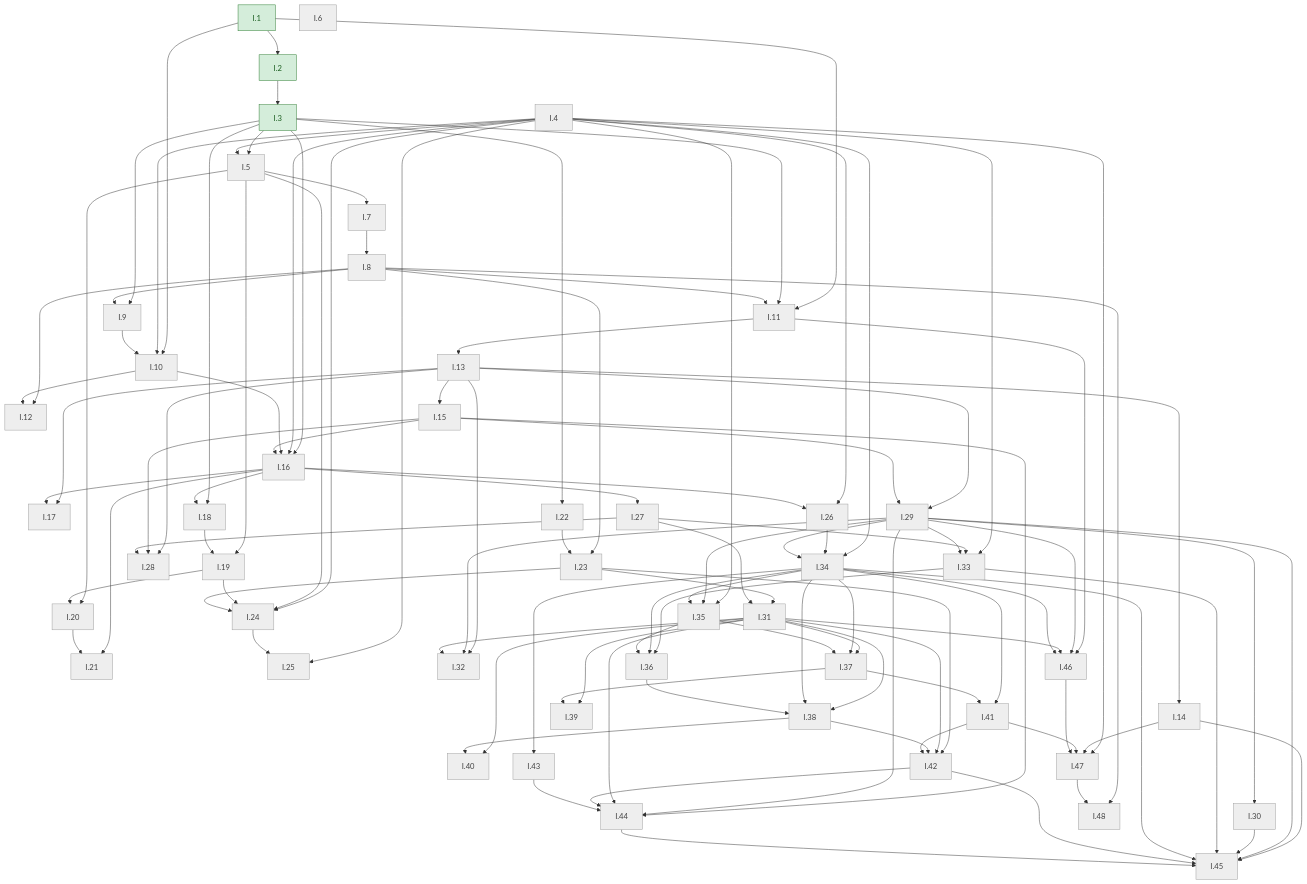
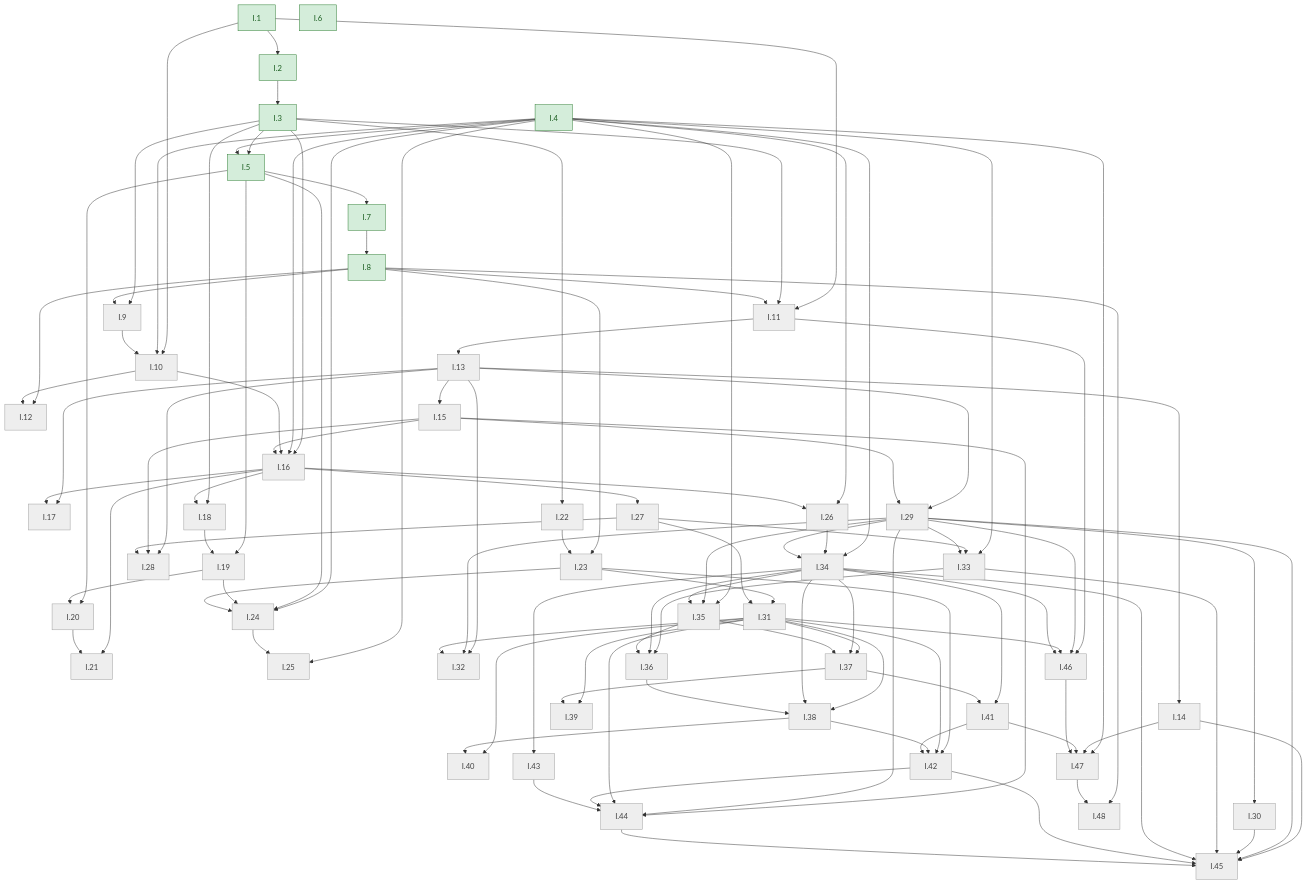
Before and after one commit to dodecaplex-co/stoicheia: the diagram in GRAPH.md, drawn with Mermaid. The commit also changed 8 other files, not shown here.

````diff
--- a/GRAPH.md
+++ b/GRAPH.md
@@ -165,6 +165,6 @@
   I47 --> I48
   classDef proved fill:#d4edda,stroke:#2e7d32,color:#1b5e20
   classDef sketched fill:#eeeeee,stroke:#9e9e9e,color:#424242
-  class I1,I2,I3 proved
-  class I4,I5,I6,I7,I8,I9,I10,I11,I12,I13,I14,I15,I16,I17,I18,I19,I20,I21,I22,I23,I24,I25,I26,I27,I28,I29,I30,I31,I32,I33,I34,I35,I36,I37,I38,I39,I40,I41,I42,I43,I44,I45,I46,I47,I48 sketched
+  class I1,I2,I3,I4,I5,I6,I7,I8 proved
+  class I9,I10,I11,I12,I13,I14,I15,I16,I17,I18,I19,I20,I21,I22,I23,I24,I25,I26,I27,I28,I29,I30,I31,I32,I33,I34,I35,I36,I37,I38,I39,I40,I41,I42,I43,I44,I45,I46,I47,I48 sketched
 ```
````
